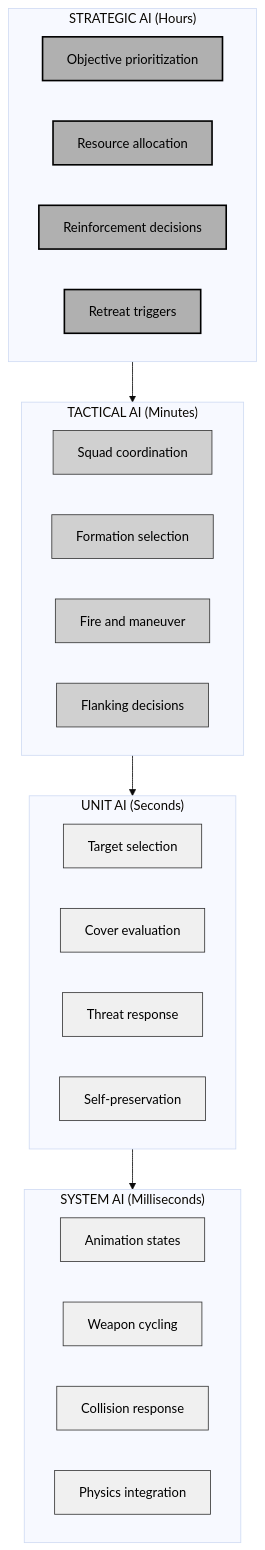
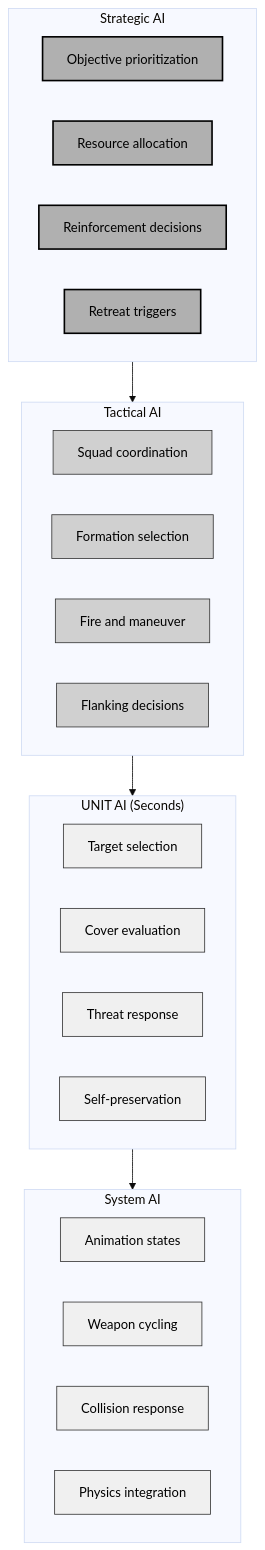
The first of 6 diagrams in chapter_14_ai_systems.md (jukofyork/close-combat-architecture-study), drawn with Mermaid (base theme) before and after one commit. The commit also changed other lines of this file and 5 other files, not shown here.

````diff
--- a/chapter_14_ai_systems.md
+++ b/chapter_14_ai_systems.md
@@ -49,44 +49,44 @@
 ```mermaid
 flowchart TB
     classDef default fill:#fff,stroke:#000,stroke-width:1px,color:#000
     classDef light fill:#f0f0f0,stroke:#333,stroke-width:1px,color:#000
     classDef medium fill:#d0d0d0,stroke:#333,stroke-width:1px,color:#000
     classDef dark fill:#b0b0b0,stroke:#000,stroke-width:2px,color:#000
 
-    subgraph STRATEGIC_AI["STRATEGIC AI (Hours)"]
+    subgraph STRATEGIC_AI["Strategic AI"]
         S1[Objective prioritization]
         S2[Resource allocation]
         S3[Reinforcement decisions]
         S4[Retreat triggers]
     end
 
-    subgraph TACTICAL_AI["TACTICAL AI (Minutes)"]
+    subgraph TACTICAL_AI["Tactical AI"]
         T1[Squad coordination]
         T2[Formation selection]
         T3[Fire and maneuver]
         T4[Flanking decisions]
     end
 
     subgraph UNIT_AI["UNIT AI (Seconds)"]
         U1[Target selection]
         U2[Cover evaluation]
         U3[Threat response]
         U4[Self-preservation]
     end
 
-    subgraph SYSTEM_AI["SYSTEM AI (Milliseconds)"]
+    subgraph SYSTEM_AI["System AI"]
         SY1[Animation states]
         SY2[Weapon cycling]
         SY3[Collision response]
         SY4[Physics integration]
     end
 
     STRATEGIC_AI --> TACTICAL_AI
     TACTICAL_AI --> UNIT_AI
     UNIT_AI --> SYSTEM_AI
 
     class S1,S2,S3,S4 dark
     class T1,T2,T3,T4 medium
     class U1,U2,U3,U4 light
     class SY1,SY2,SY3,SY4 light
 ```
````
